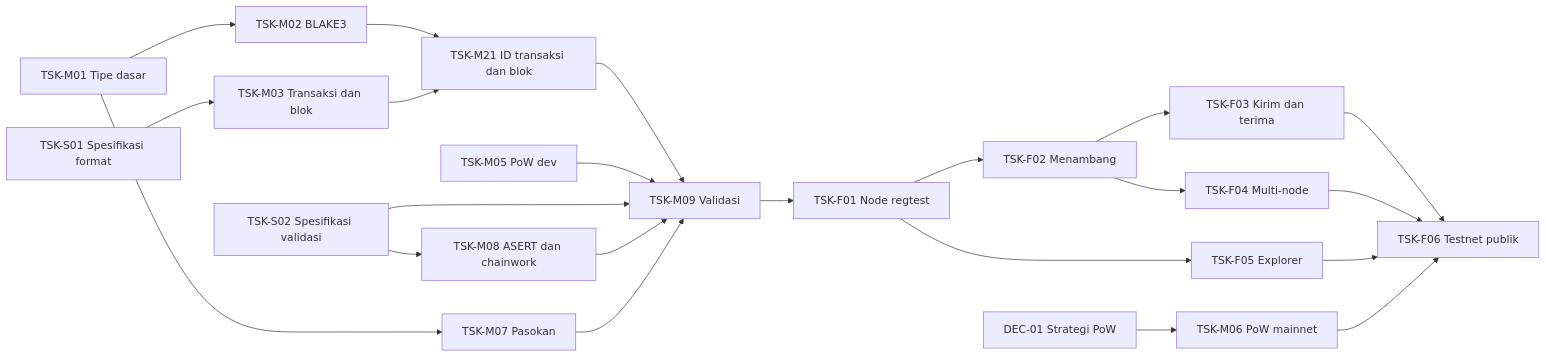
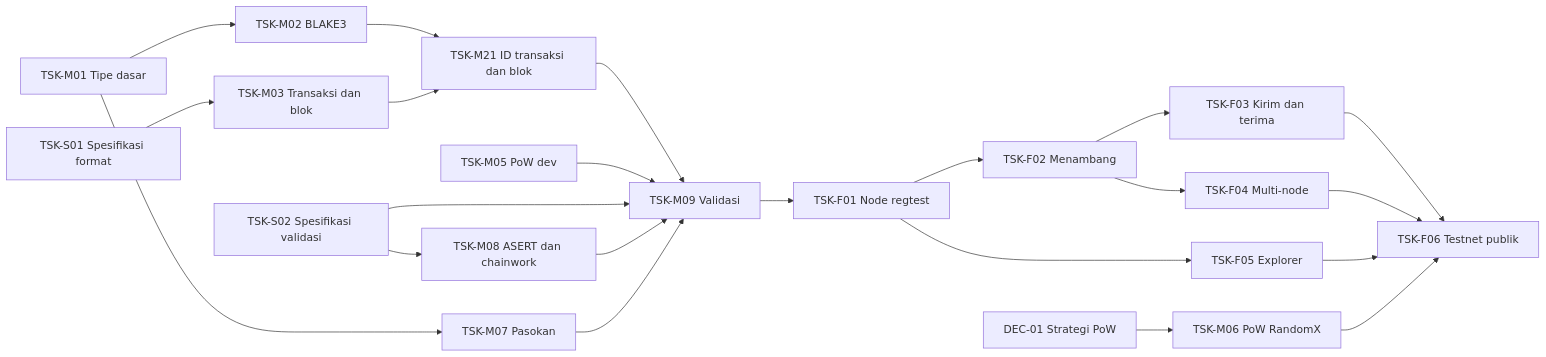
Before and after one commit to ratuaurion-dev/zevrigo: the diagram in docs/tasks/README.md, drawn with Mermaid. The commit also changed other lines of this file and 17 other files, not shown here.

Commit message:
feat(pow): RandomX mode ringan lewat randomx-rs dan rumus tinggi kunci (TSK-M06 bagian A, DEC-01)

````diff
--- a/docs/tasks/README.md
+++ b/docs/tasks/README.md
@@ -98,24 +98,24 @@
 ```mermaid
 graph LR
   TSKM01[TSK-M01 Tipe dasar] --> TSKM02[TSK-M02 BLAKE3]
   TSKM01 --> TSKM07[TSK-M07 Pasokan]
   TSKS01[TSK-S01 Spesifikasi format] --> TSKM03[TSK-M03 Transaksi dan blok]
   TSKM02 --> TSKM21[TSK-M21 ID transaksi dan blok]
   TSKM03 --> TSKM21
   TSKM21 --> TSKM09[TSK-M09 Validasi]
   TSKM05[TSK-M05 PoW dev] --> TSKM09
   TSKS02[TSK-S02 Spesifikasi validasi] --> TSKM09
   TSKS02 --> TSKM08[TSK-M08 ASERT dan chainwork]
   TSKM08 --> TSKM09
   TSKM07 --> TSKM09
   TSKM09 --> TSKF01[TSK-F01 Node regtest]
   TSKF01 --> TSKF02[TSK-F02 Menambang]
   TSKF02 --> TSKF03[TSK-F03 Kirim dan terima]
   TSKF02 --> TSKF04[TSK-F04 Multi-node]
   TSKF01 --> TSKF05[TSK-F05 Explorer]
   TSKF03 --> TSKF06[TSK-F06 Testnet publik]
   TSKF04 --> TSKF06
   TSKF05 --> TSKF06
-  DEC01[DEC-01 Strategi PoW] --> TSKM06[TSK-M06 PoW mainnet]
+  DEC01[DEC-01 Strategi PoW] --> TSKM06[TSK-M06 PoW RandomX]
   TSKM06 --> TSKF06
 ```
````
